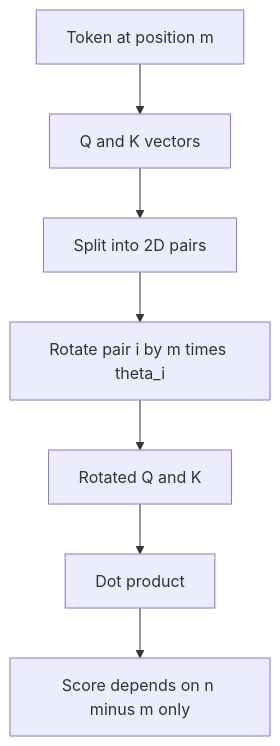
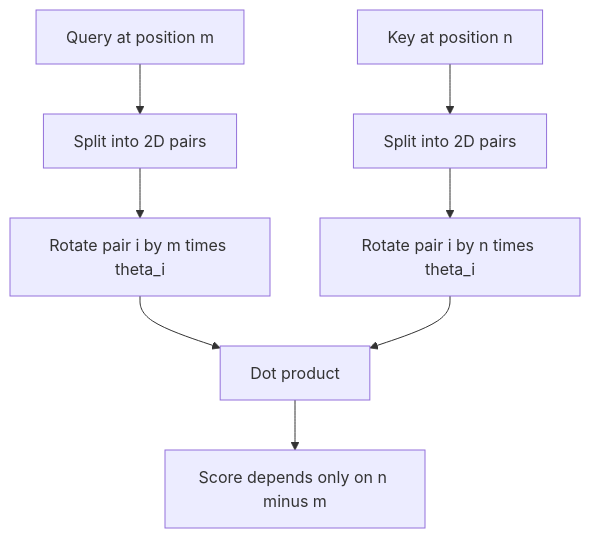
Before and after one commit to kaisarnajar/outcome-school-blogs: the first of 2 diagrams in notes/step-03-generative-ai-and-the-transformer-architecture/061-math-behind-rope-rotary-position-embedding.md, drawn with Mermaid. The commit also changed other lines of this file and 233 other files, not shown here.

````diff
--- a/notes/step-03-generative-ai-and-the-transformer-architecture/061-math-behind-rope-rotary-position-embedding.md
+++ b/notes/step-03-generative-ai-and-the-transformer-architecture/061-math-behind-rope-rotary-position-embedding.md
@@ -41,9 +53,10 @@
 ```mermaid
 flowchart TD
-    A["Token at position m"] --> B["Q and K vectors"]
-    B --> C["Split into 2D pairs"]
-    C --> D["Rotate pair i by m times theta_i"]
-    D --> E["Rotated Q and K"]
-    E --> F["Dot product"]
-    F --> G["Score depends on n minus m only"]
+    A1["Query at position m"] --> A2["Split into 2D pairs"]
+    A3["Key at position n"] --> A4["Split into 2D pairs"]
+    A2 --> A5["Rotate pair i by m times theta_i"]
+    A4 --> A6["Rotate pair i by n times theta_i"]
+    A5 --> A7["Dot product"]
+    A6 --> A7
+    A7 --> A8["Score depends only on n minus m"]
 ```
````
